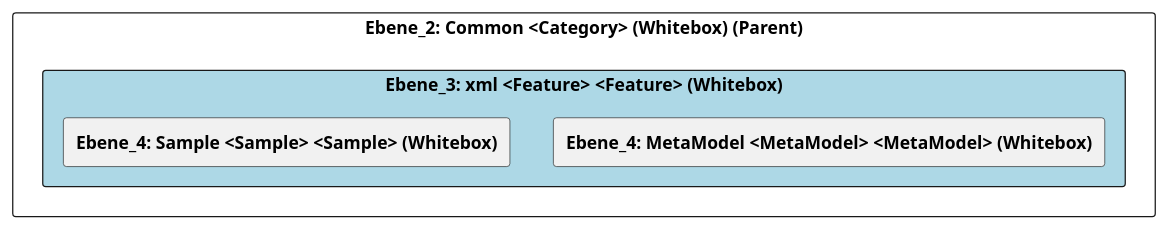
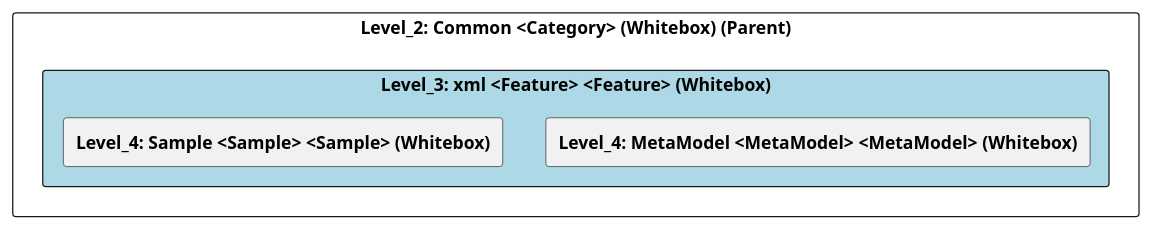
The diagram in doc/cleonproject_deliverables_architecture_model_architecture/adoc/de/05_bausteinsicht/cleon/common/xml/ebene_3_xml.adoc (marcozwyssig/cleon), drawn with PlantUML before and after one commit. The commit also changed other lines of this file and 83 other files, not shown here.

```diff
--- a/doc/cleonproject_deliverables_architecture_model_architecture/adoc/de/05_bausteinsicht/cleon/common/xml/ebene_3_xml.adoc
+++ b/doc/cleonproject_deliverables_architecture_model_architecture/adoc/de/05_bausteinsicht/cleon/common/xml/ebene_3_xml.adoc
@@ -20,25 +20,25 @@
-[plantuml, Ebene_3: xml <Feature> <Feature> (Whitebox)BlockOverview, format="svg"]
+[plantuml, Level_3: xml <Feature> <Feature> (Whitebox)BlockOverview, format="svg"]
 ----
-@startuml Ebene_3: xml <Feature> <Feature> (Whitebox)BuildingBlockOverview
+@startuml Level_3: xml <Feature> <Feature> (Whitebox)BuildingBlockOverview
 
 skinparam ranksep 10
 skinparam componentStyle rectangle
 skinparam shadowing false
 skinparam arrowColor lightblue
 skinparam arrowThickness 1.2
 skinparam rectangle {
   BackgroundColor White
   BorderColor #333
   RoundCorner 10
 }
 top to bottom direction
 
-component "Ebene_2: Common <Category> (Whitebox) (Parent)" {
-    component "Ebene_3: xml <Feature> <Feature> (Whitebox)" #lightblue {
-        [**Ebene_4: MetaModel <MetaModel> <MetaModel> (Whitebox)**] as 4A570574_D579_11EE_903E_9F564E4DE07E
-        [**Ebene_4: Sample <Sample> <Sample> (Whitebox)**] as 4A56DE3A_D579_11EE_903E_9F564E4DE07E
+component "Level_2: Common <Category> (Whitebox) (Parent)" {
+    component "Level_3: xml <Feature> <Feature> (Whitebox)" #lightblue {
+        [**Level_4: MetaModel <MetaModel> <MetaModel> (Whitebox)**] as 4A570574_D579_11EE_903E_9F564E4DE07E
+        [**Level_4: Sample <Sample> <Sample> (Whitebox)**] as 4A56DE3A_D579_11EE_903E_9F564E4DE07E
     }
 }
 
 @enduml
 ----
```
